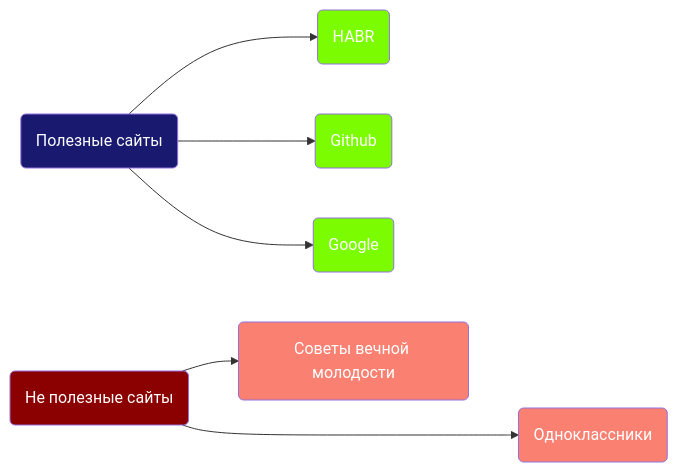
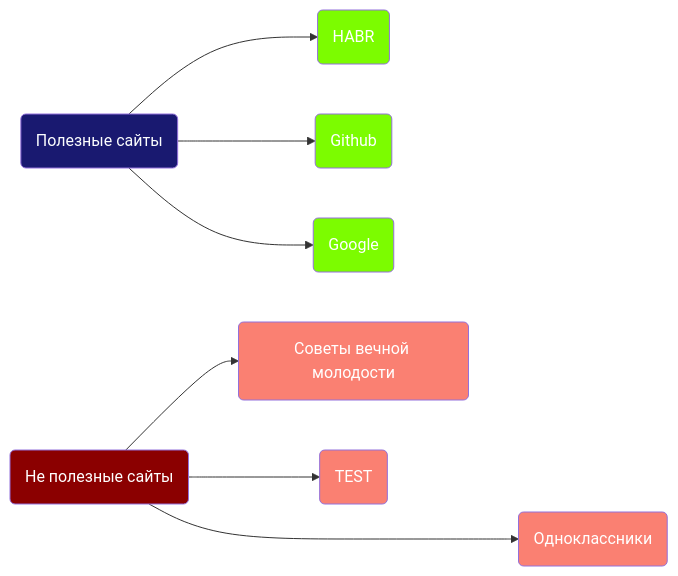
The diagram in mermaid_diagram(graph).md (Kostrov2003/FirstSite), drawn with Mermaid before and after one commit.

````diff
--- a/mermaid_diagram(graph).md
+++ b/mermaid_diagram(graph).md
@@ -1,24 +1,27 @@
 ```mermaid 
 graph LR
 classDef class1 fill:#191970, color:#fbfdfe
 classDef class2 fill:#7CFC00,color:#FFFFFF
 classDef class3 fill:#8B0000, color:#FFFFFF
 classDef class4 fill:#FA8072, color:#FFFFFF
 
 A(Полезные сайты<br>):::class1 --> B(HABR<br>):::class2
 click B "https://habr.com/ru/all/" _blank
 
 A --> C(Github<br>):::class2
 click C "https://github.com/" _blank
 
 A --> D(Google<br>):::class2
 click D "https://www.google.com/webhp?hl=ru&sa=X&ved=0ahUKEwisq9KR38n9AhUQposKHUIPAPgQPAgI" _blank
 
 E(Не полезные сайты<br>):::class3 ---> F(Одноклассники<br>):::class4
 click F "https://ok.ru/"
 
 E --> G(Советы вечной молодости<br>):::class4
 click G "https://www.chita.ru/text/style/2022/07/02/71455076/"
 
+E --> J(TEST<br>):::class4
+click J "README.md"
+
 
 ```
````
